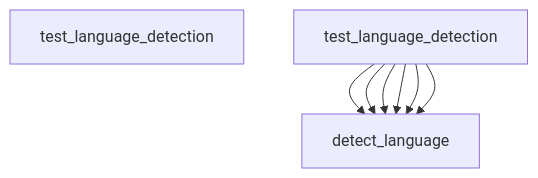
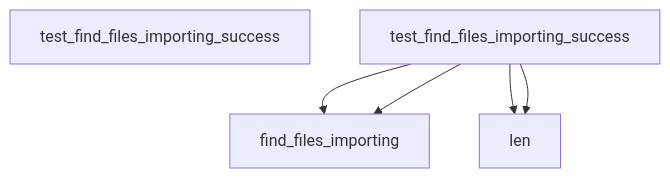
One commit to hazalkoom/DECODEx01 changed diagram 26 of 27 in docs/DATA_FLOW.md. Above: the diagram before and after it, drawn with Mermaid. The commit also changed other lines of this file and 8 other files, not shown here.

````diff
--- a/docs/DATA_FLOW.md
+++ b/docs/DATA_FLOW.md
@@ -989,29 +899,21 @@
 ```mermaid
 graph TD
-    Start[test_language_detection]
+    Start[test_find_files_importing_success]
 
 
-    test_language_detection --> detect_language
+    test_find_files_importing_success --> find_files_importing
 
 
 
-    test_language_detection --> detect_language
+    test_find_files_importing_success --> len
 
 
 
-    test_language_detection --> detect_language
+    test_find_files_importing_success --> find_files_importing
 
 
 
-    test_language_detection --> detect_language
-
-
-
-    test_language_detection --> detect_language
-
-
-
-    test_language_detection --> detect_language
+    test_find_files_importing_success --> len
 
 
 ```
````
